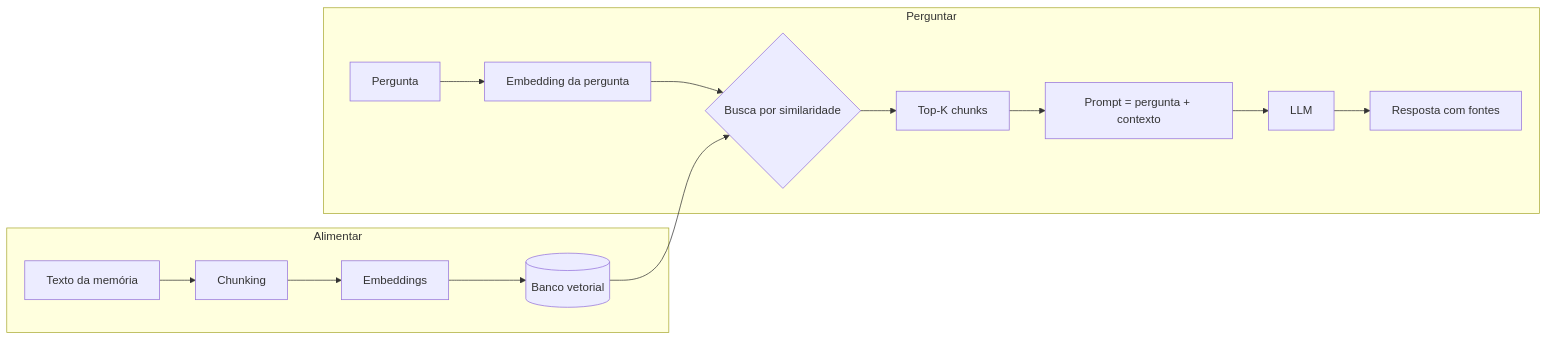
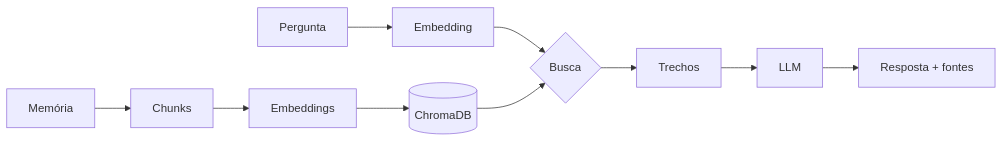
The diagram in README.md (BrunoFernandes1302/lembra), drawn with Mermaid before and after one commit. The commit also changed other lines of this file and 14 other files, not shown here.

````diff
--- a/README.md
+++ b/README.md
@@ -22,11 +18,6 @@
 ```mermaid
 flowchart LR
-    subgraph Alimentar
-        A[Texto da memória] --> B[Chunking] --> C[Embeddings] --> D[(Banco vetorial)]
-    end
-    subgraph Perguntar
-        P[Pergunta] --> E[Embedding da pergunta] --> F{Busca por similaridade}
-        D --> F
-        F --> G[Top-K chunks] --> H[Prompt = pergunta + contexto] --> I[LLM] --> R[Resposta com fontes]
-    end
+    A[Memória] --> B[Chunks] --> C[Embeddings] --> D[(ChromaDB)]
+    P[Pergunta] --> E[Embedding] --> F{Busca} --> G[Trechos] --> H[LLM] --> R[Resposta + fontes]
+    D --> F
 ```
````
